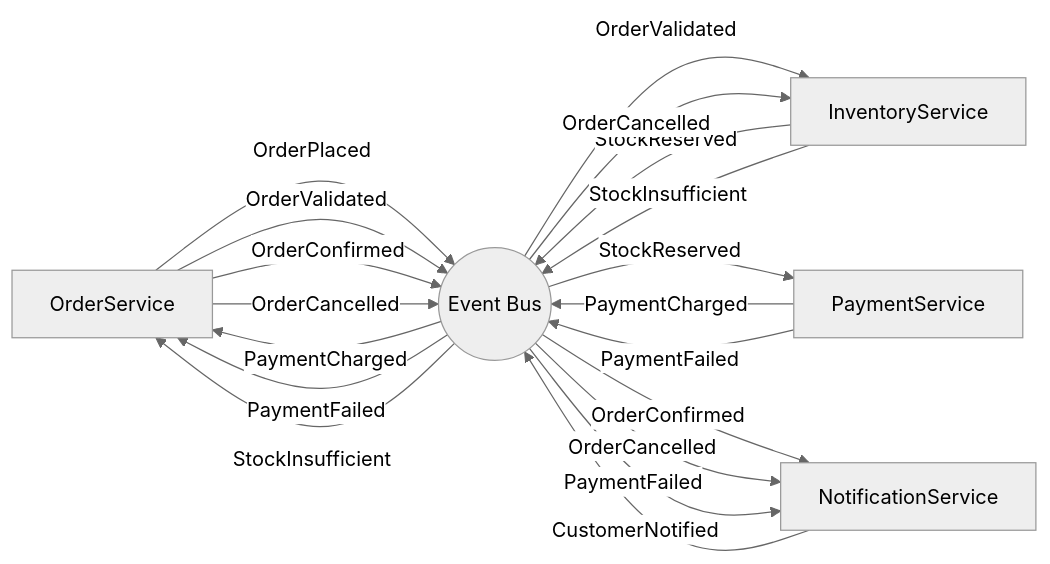
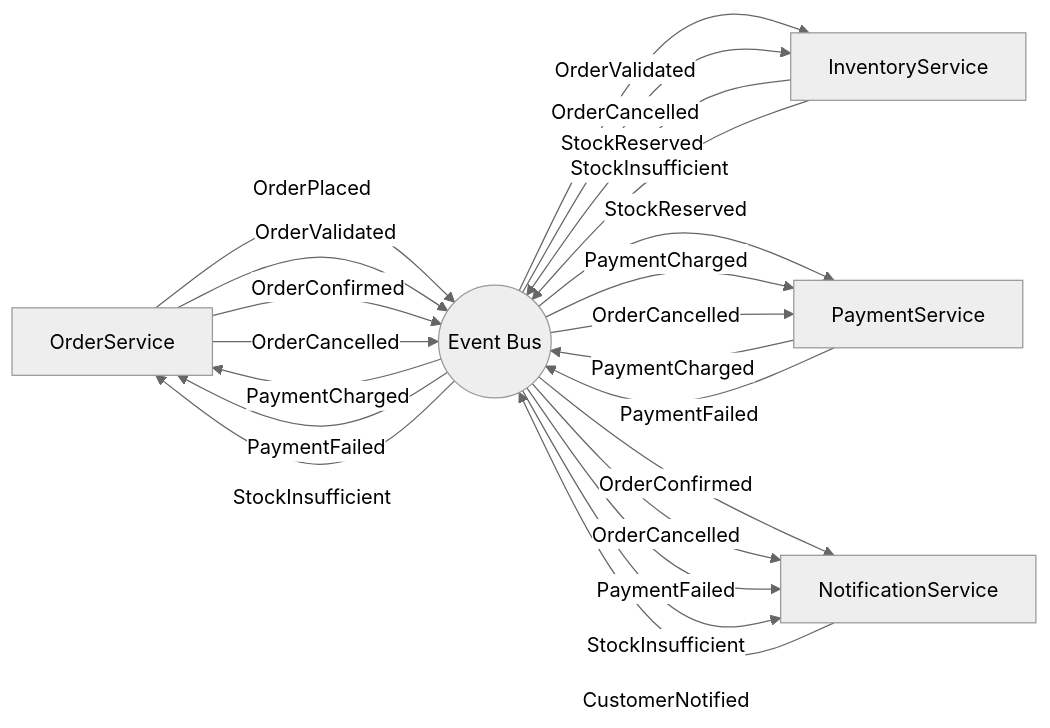
Before and after one commit to jeffgrahamcodes/eventflow: the diagram in docs/diagrams/event-flow.md, drawn with Mermaid (neutral theme).

Commit message:
feature/ef-20: Update event flow diagram — add missing PaymentService consumer arrows

````diff
--- a/docs/diagrams/event-flow.md
+++ b/docs/diagrams/event-flow.md
@@ -1,22 +1,25 @@
 ```mermaid
 flowchart LR
     OS[OrderService] -->|OrderPlaced| EB((Event Bus))
     OS -->|OrderValidated| EB
     OS -->|OrderConfirmed| EB
     OS -->|OrderCancelled| EB
     IS[InventoryService] -->|StockReserved| EB
     IS -->|StockInsufficient| EB
     PS[PaymentService] -->|PaymentCharged| EB
     PS -->|PaymentFailed| EB
     NS[NotificationService] -->|CustomerNotified| EB
 
     EB -->|OrderValidated| IS
     EB -->|OrderCancelled| IS
     EB -->|StockReserved| PS
+    EB -->|PaymentCharged| PS
+    EB -->|OrderCancelled| PS
     EB -->|PaymentCharged| OS
     EB -->|OrderConfirmed| NS
     EB -->|OrderCancelled| NS
     EB -->|PaymentFailed| NS
     EB -->|PaymentFailed| OS
     EB -->|StockInsufficient| OS
+    EB -->|StockInsufficient| NS
 ```
````
